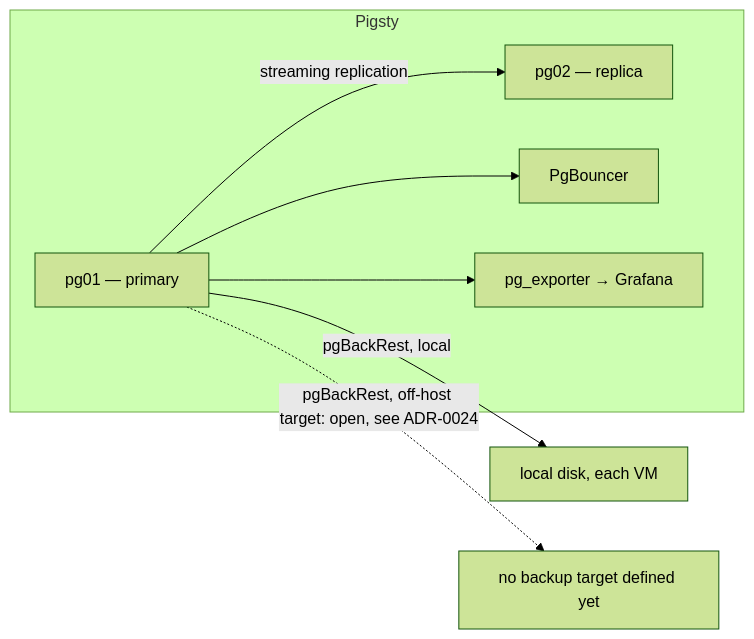
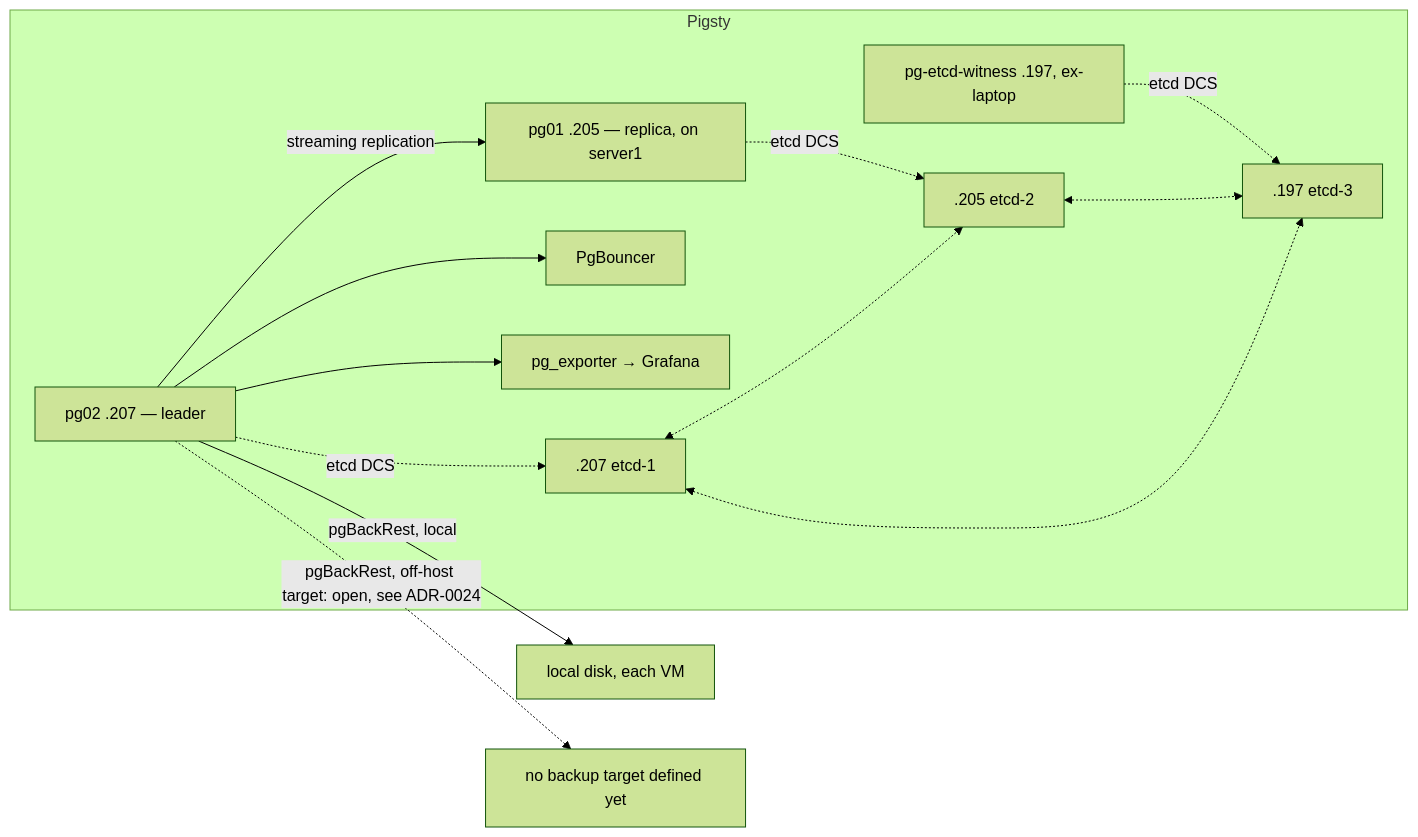
The fifth of 7 diagrams in ARCHITECTURE.md (MohammadBnei/infra-bootstrap), drawn with Mermaid (forest theme) before and after one commit. The commit also changed other lines of this file and 13 other files, not shown here.

First line of the commit message:
feat(pigsty): live 3-node etcd DCS quorum for Patroni (ADR-0029)

````diff
--- a/ARCHITECTURE.md
+++ b/ARCHITECTURE.md
@@ -328,10 +366,16 @@
 ```mermaid
 graph LR
     subgraph Pigsty
-        P1[pg01 — primary] -- streaming replication --> P2[pg02 — replica]
+        P1[pg02 .207 — leader] -- streaming replication --> P2[pg01 .205 — replica, on server1]
         P1 --> Bouncer[PgBouncer]
         P1 --> Exporter[pg_exporter → Grafana]
+        P1 -.->|etcd DCS| E1[.207 etcd-1]
+        P2 -.->|etcd DCS| E2[.205 etcd-2]
+        W[pg-etcd-witness .197, ex-laptop] -.->|etcd DCS| E3[.197 etcd-3]
+        E1 <-.-> E2
+        E2 <-.-> E3
+        E1 <-.-> E3
     end
     P1 -- pgBackRest, local --> LocalBackup[local disk, each VM]
     P1 -.->|pgBackRest, off-host target: open, see ADR-0024| Open[no backup target defined yet]
 ```
````
